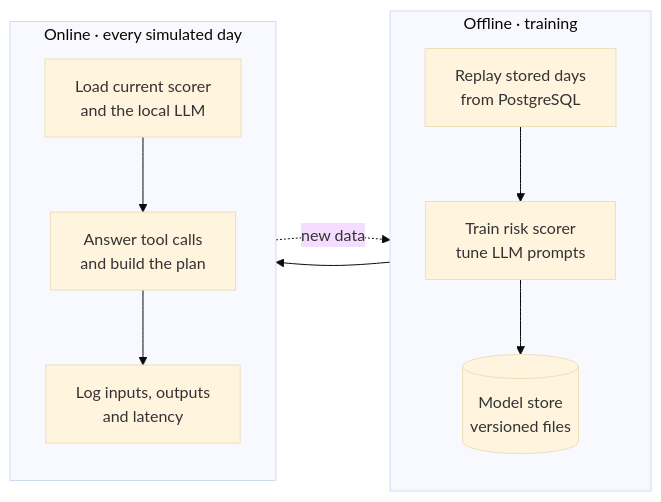
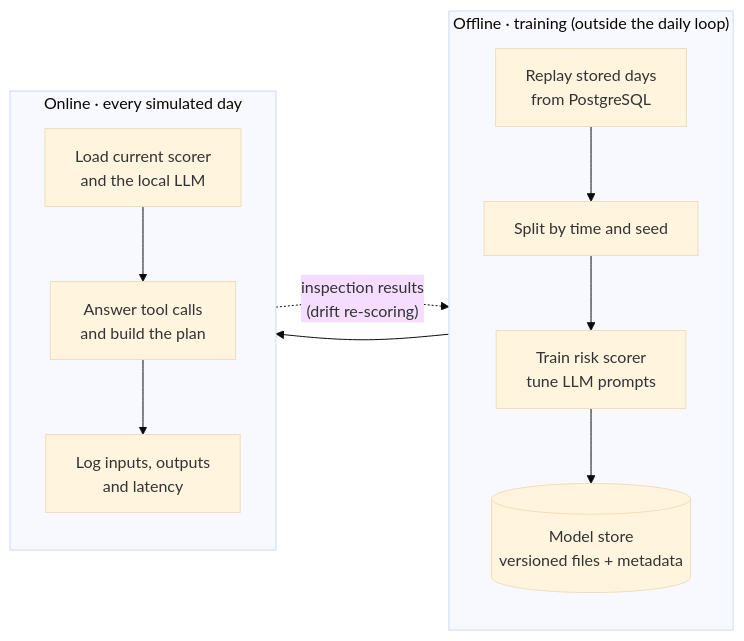
One commit to acadelina/SAA changed the diagram in docs/diagrams/training-inference.mmd. Above: the diagram before and after it, drawn with Mermaid (base theme). The commit also changed 7 other files, not shown here.

First line of the commit message:
Complete Milestone 2 architecture and plan

```diff
--- a/docs/diagrams/training-inference.mmd
+++ b/docs/diagrams/training-inference.mmd
@@ -1,19 +1,20 @@
 flowchart LR
-    subgraph OFF["Offline · training"]
+    subgraph OFF["Offline · training (outside the daily loop)"]
         direction TB
         REPLAY["Replay stored days<br/>from PostgreSQL"]
+        SPLIT["Split by time and seed"]
         TRAIN["Train risk scorer<br/>tune LLM prompts"]
-        STORE[("Model store<br/>versioned files")]
-        REPLAY --> TRAIN --> STORE
+        STORE[("Model store<br/>versioned files + metadata")]
+        REPLAY --> SPLIT --> TRAIN --> STORE
     end
 
     subgraph ON["Online · every simulated day"]
         direction TB
         LOAD["Load current scorer<br/>and the local LLM"]
         RUN["Answer tool calls<br/>and build the plan"]
         LOG["Log inputs, outputs<br/>and latency"]
         LOAD --> RUN --> LOG
     end
 
     STORE --> LOAD
-    LOG -.->|"new data"| REPLAY
+    LOG -.->|"inspection results<br/>(drift re-scoring)"| REPLAY
```
